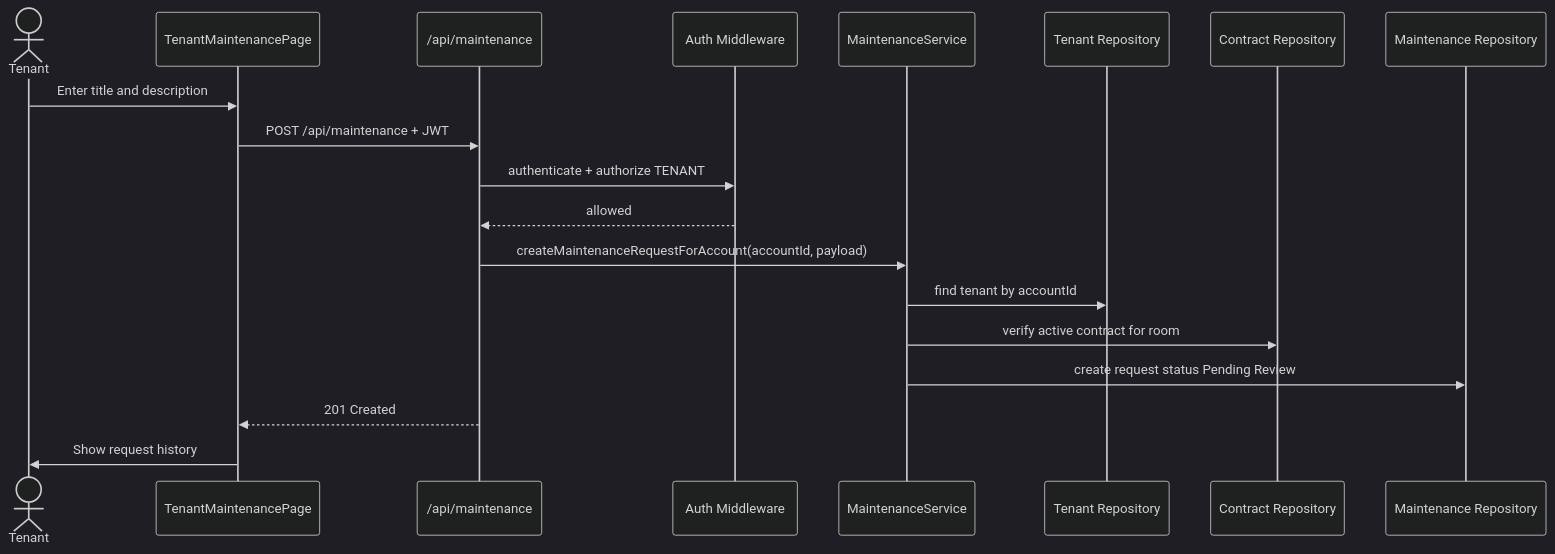
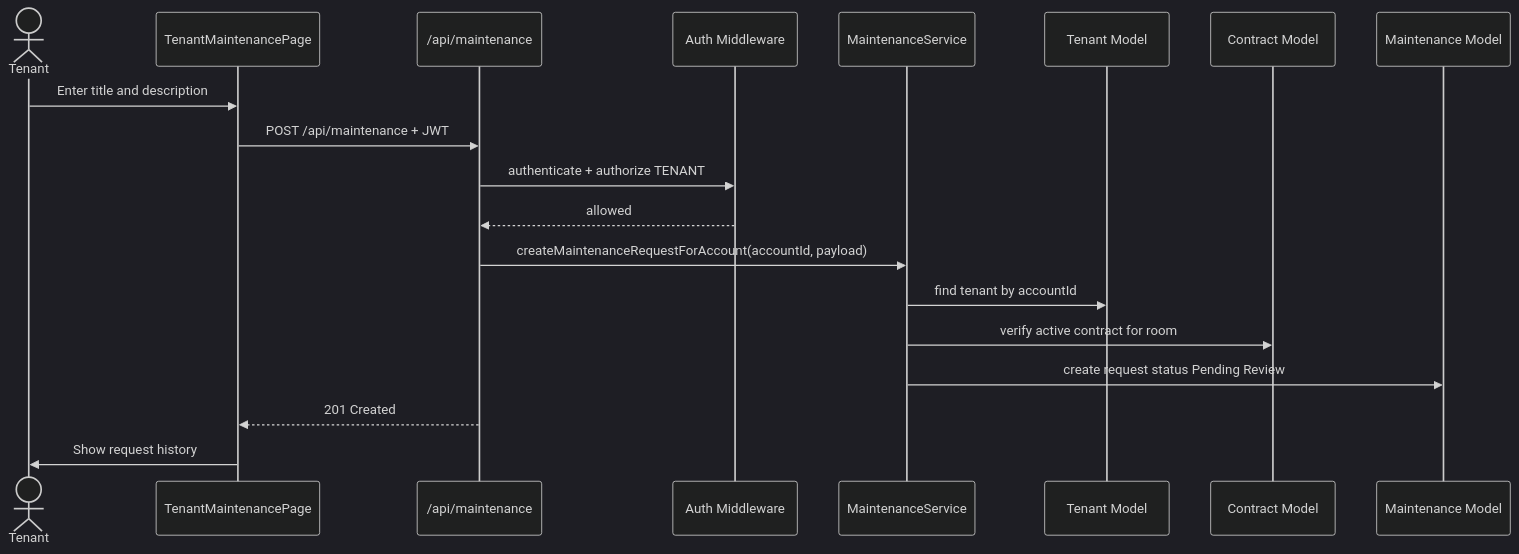
Diagram 18 of 21 in docs/SYSTEM_REPORT.md (datphan3201/room-rental-management-software), drawn with Mermaid (dark theme) before and after one commit. The commit also changed other lines of this file and 35 other files, not shown here.

````diff
--- a/docs/SYSTEM_REPORT.md
+++ b/docs/SYSTEM_REPORT.md
@@ -1179,22 +1233,22 @@
 ```mermaid
 sequenceDiagram
   actor Tenant
   participant UI as TenantMaintenancePage
   participant API as /api/maintenance
   participant Middleware as Auth Middleware
   participant Service as MaintenanceService
-  participant TenantRepo as Tenant Repository
-  participant ContractRepo as Contract Repository
-  participant RequestRepo as Maintenance Repository
+  participant TenantModel as Tenant Model
+  participant ContractModel as Contract Model
+  participant RequestModel as Maintenance Model
 
   Tenant->>UI: Enter title and description
   UI->>API: POST /api/maintenance + JWT
   API->>Middleware: authenticate + authorize TENANT
   Middleware-->>API: allowed
   API->>Service: createMaintenanceRequestForAccount(accountId, payload)
-  Service->>TenantRepo: find tenant by accountId
-  Service->>ContractRepo: verify active contract for room
-  Service->>RequestRepo: create request status Pending Review
+  Service->>TenantModel: find tenant by accountId
+  Service->>ContractModel: verify active contract for room
+  Service->>RequestModel: create request status Pending Review
   API-->>UI: 201 Created
   UI->>Tenant: Show request history
 ```
````
